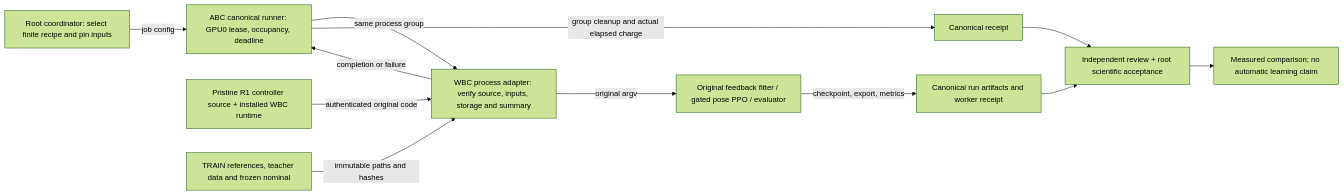
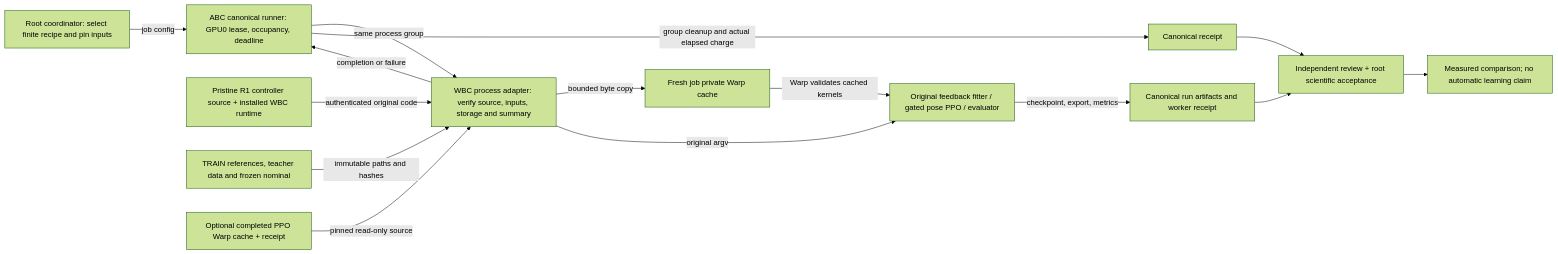
Before and after one commit to aditya9729/abc: the diagram in docs/bench/R1LITE_WBC_PROGRAM.mmd, drawn with Mermaid (forest theme). The commit also changed 3 other files, not shown here.

Commit message:
Reuse pinned PPO compiler caches in isolated WBC jobs

```diff
--- a/docs/bench/R1LITE_WBC_PROGRAM.mmd
+++ b/docs/bench/R1LITE_WBC_PROGRAM.mmd
@@ -1,12 +1,15 @@
 flowchart LR
   Root["Root coordinator: select finite recipe and pin inputs"] -->|job config| Parent["ABC canonical runner: GPU0 lease, occupancy, deadline"]
   Parent -->|same process group| Worker["WBC process adapter: verify source, inputs, storage and summary"]
   Source["Pristine R1 controller source + installed WBC runtime"] -->|authenticated original code| Worker
   Data["TRAIN references, teacher data and frozen nominal"] -->|immutable paths and hashes| Worker
+  Seed["Optional completed PPO Warp cache + receipt"] -->|pinned read-only source| Worker
+  Worker -->|bounded byte copy| Cache["Fresh job private Warp cache"]
+  Cache -->|Warp validates cached kernels| Original
   Worker -->|original argv| Original["Original feedback fitter / gated pose PPO / evaluator"]
   Original -->|checkpoint, export, metrics| Artifacts["Canonical run artifacts and worker receipt"]
   Worker -->|completion or failure| Parent
   Parent -->|group cleanup and actual elapsed charge| Receipt["Canonical receipt"]
   Artifacts --> Review["Independent review + root scientific acceptance"]
   Receipt --> Review
   Review --> Report["Measured comparison; no automatic learning claim"]
```
